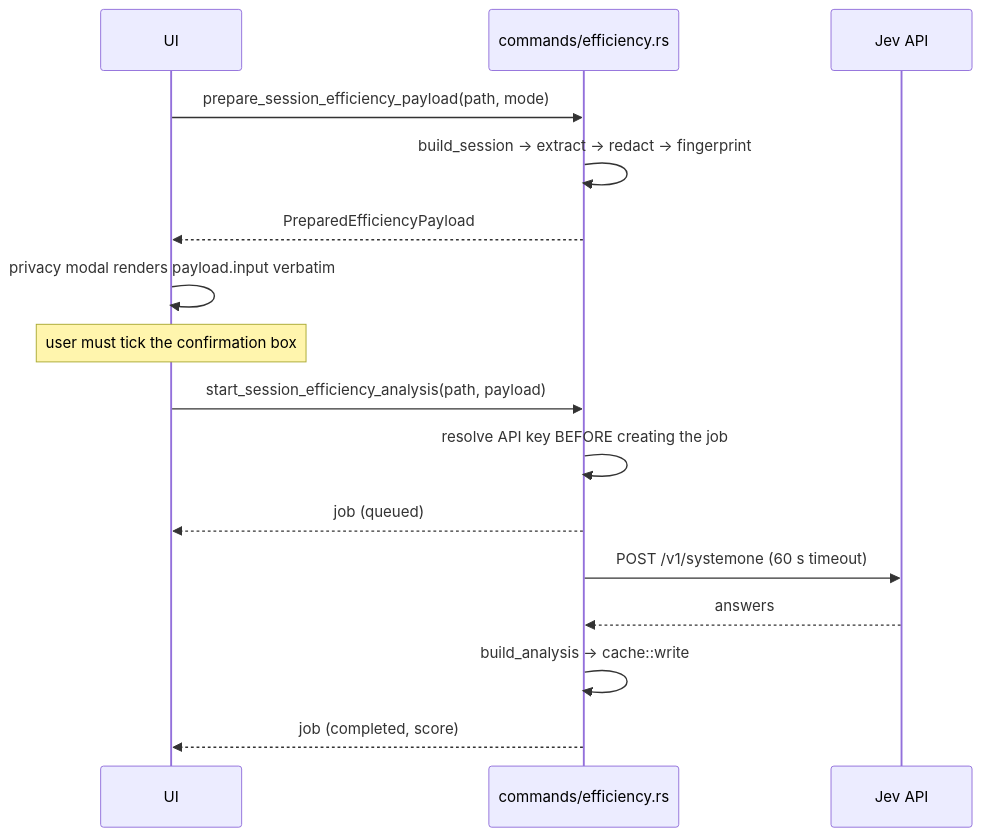
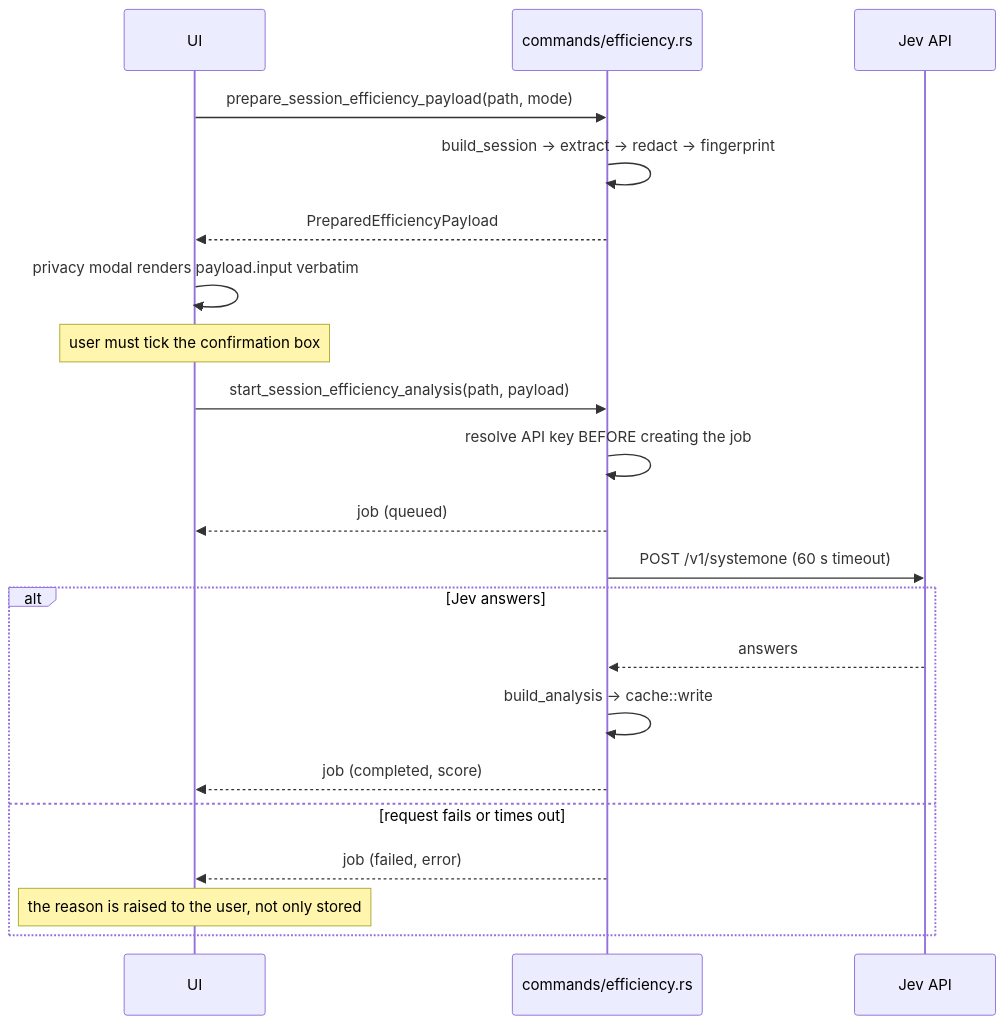
One commit to delexw/claude-code-trace changed the third of 3 diagrams in specs/14-jev-integration.md. Above: the diagram before and after it, drawn with Mermaid. The commit also changed other lines of this file and 12 other files, not shown here.

Commit message:
feat(efficiency): enhance error reporting for failed analyses with user notifications

````diff
--- a/specs/14-jev-integration.md
+++ b/specs/14-jev-integration.md
@@ -274,19 +297,24 @@
 ```mermaid
 sequenceDiagram
     participant UI
     participant CMD as commands/efficiency.rs
     participant JEV as Jev API
 
     UI ->> CMD: prepare_session_efficiency_payload(path, mode)
     CMD ->> CMD: build_session → extract → redact → fingerprint
     CMD -->> UI: PreparedEfficiencyPayload
     UI ->> UI: privacy modal renders payload.input verbatim
     Note over UI: user must tick the confirmation box
     UI ->> CMD: start_session_efficiency_analysis(path, payload)
     CMD ->> CMD: resolve API key BEFORE creating the job
     CMD -->> UI: job (queued)
     CMD ->> JEV: POST /v1/systemone (60 s timeout)
-    JEV -->> CMD: answers
-    CMD ->> CMD: build_analysis → cache::write
-    CMD -->> UI: job (completed, score)
+    alt Jev answers
+        JEV -->> CMD: answers
+        CMD ->> CMD: build_analysis → cache::write
+        CMD -->> UI: job (completed, score)
+    else request fails or times out
+        CMD -->> UI: job (failed, error)
+        Note over UI: the reason is raised to the user, not only stored
+    end
 ```
````
